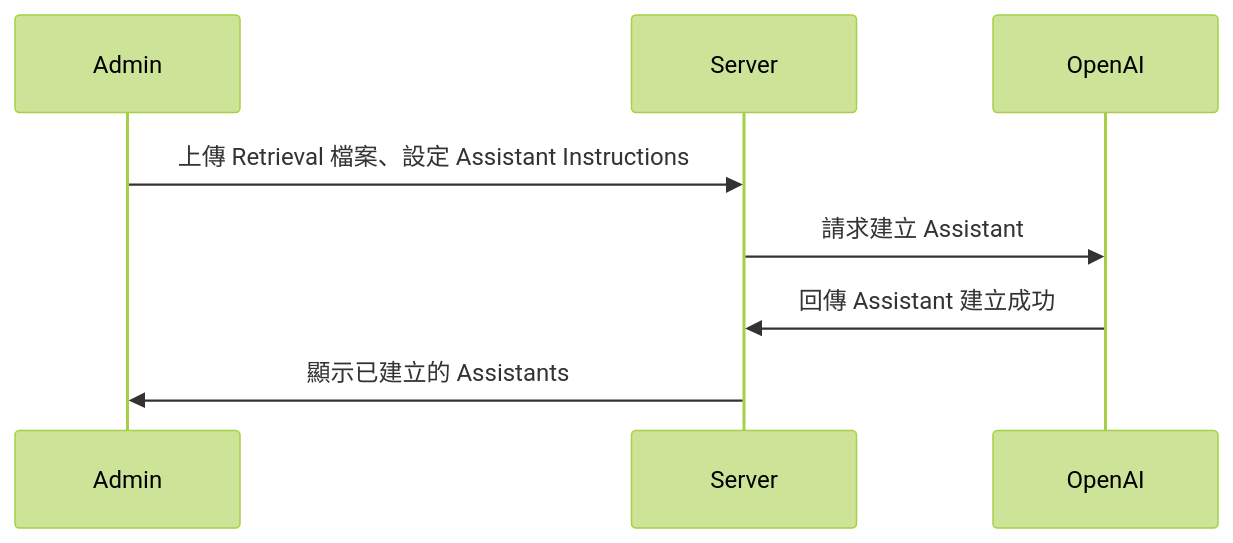
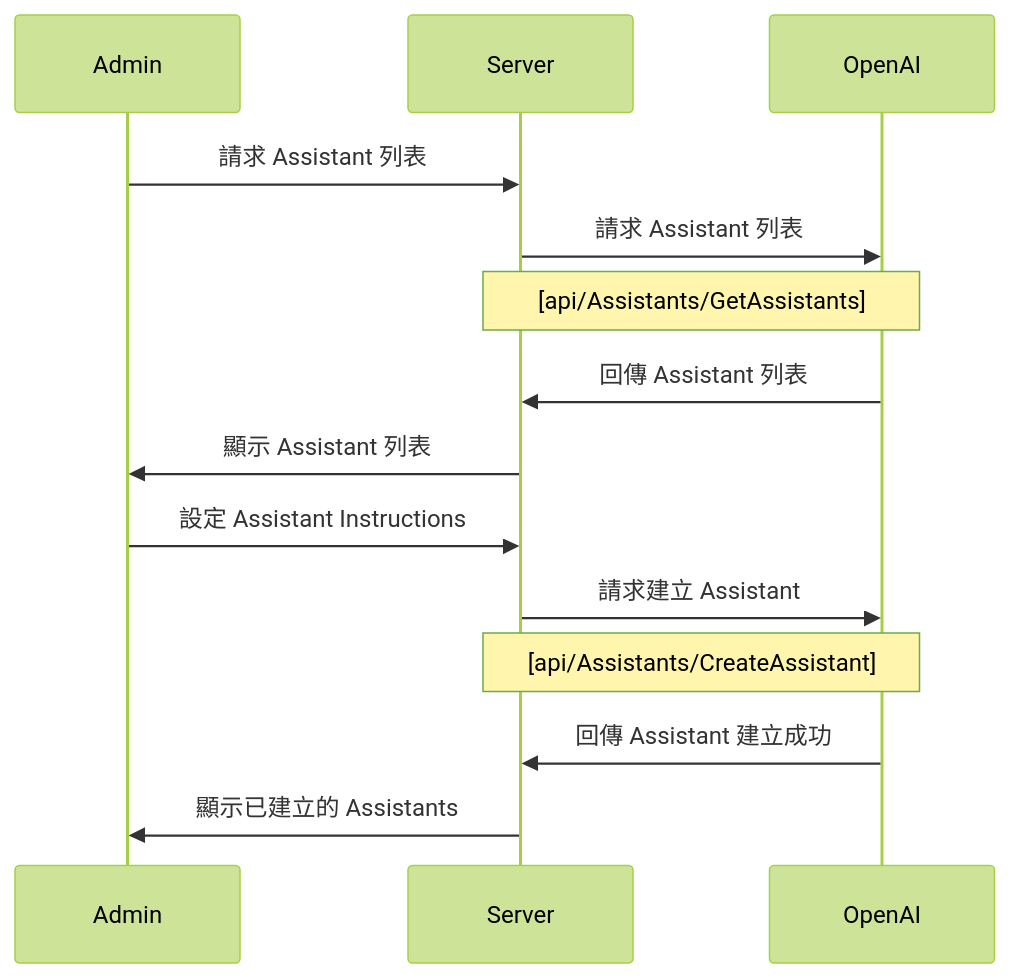
Before and after one commit to weberyanglalala/vitpress-dev-notes: the third of 4 diagrams in docs/ai/openai/travel-recommendation.md, drawn with Mermaid (forest theme). The commit also changed other lines of this file, not shown here.

Commit message:
update basic assistant api mermaid diagram

````diff
--- a/docs/ai/openai/travel-recommendation.md
+++ b/docs/ai/openai/travel-recommendation.md
@@ -235,10 +254,16 @@
 ```mermaid
 sequenceDiagram
     participant Admin
     participant Server
     participant OpenAI
-    Admin ->> Server: 上傳 Retrieval 檔案、設定 Assistant Instructions
+    Admin ->> Server: 請求 Assistant 列表
+    Server ->> OpenAI: 請求 Assistant 列表
+    Note over Server,OpenAI: [api/Assistants/GetAssistants]
+    OpenAI ->> Server: 回傳 Assistant 列表
+    Server ->> Admin: 顯示 Assistant 列表
+    Admin ->> Server:設定 Assistant Instructions
     Server ->> OpenAI:  請求建立 Assistant
+    Note over Server,OpenAI: [api/Assistants/CreateAssistant]
     OpenAI ->> Server: 回傳 Assistant 建立成功
     Server ->> Admin: 顯示已建立的 Assistants
 ```
````
